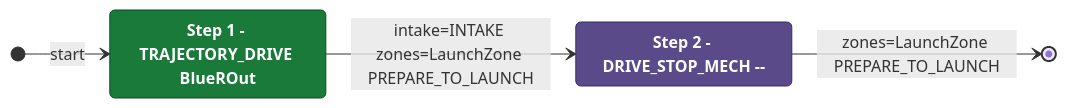
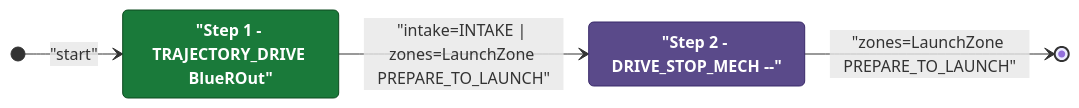
Before and after one commit to Team302/2026Rebuilt: the diagram in documents/auton/BlueTOutLaunch0NDepOutScoreNCli.md, drawn with Mermaid. The commit also changed 242 other files, not shown here.

Commit message:
Regenerated diagrams with fixed red

````diff
--- a/documents/auton/BlueTOutLaunch0NDepOutScoreNCli.md
+++ b/documents/auton/BlueTOutLaunch0NDepOutScoreNCli.md
@@ -8,18 +8,18 @@
 ```mermaid
 stateDiagram-v2
     direction LR
 
     %% Green = intake active, Purple = intake off
     classDef intake  fill:#1a7a3a,color:#ffffff,stroke:#0d4a1f,font-weight:bold
     classDef noIntake fill:#5a4a8a,color:#ffffff,stroke:#3a2a6a,font-weight:bold
 
-    Step1 : Step 1 - TRAJECTORY_DRIVE BlueROut
-    Step2 : Step 2 - DRIVE_STOP_MECH --
+    Step1 : "Step 1 - TRAJECTORY_DRIVE BlueROut"
+    Step2 : "Step 2 - DRIVE_STOP_MECH --"
 
     class Step1 intake
     class Step2 noIntake
 
-    [*] --> Step1 : start
-    Step1 --> Step2: intake=INTAKE zones=LaunchZone PREPARE_TO_LAUNCH
-    Step2 --> [*]: zones=LaunchZone PREPARE_TO_LAUNCH
+    [*] --> Step1 : "start"
+    Step1 --> Step2: "intake=INTAKE | zones=LaunchZone PREPARE_TO_LAUNCH"
+    Step2 --> [*]: "zones=LaunchZone PREPARE_TO_LAUNCH"
 ```
````
